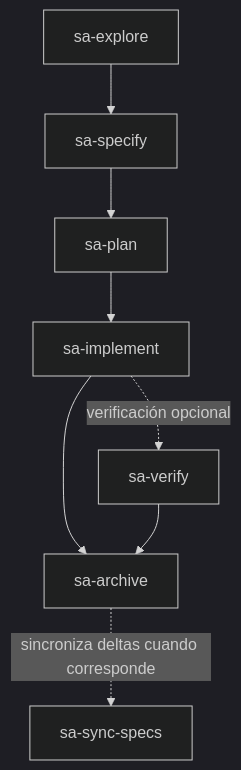
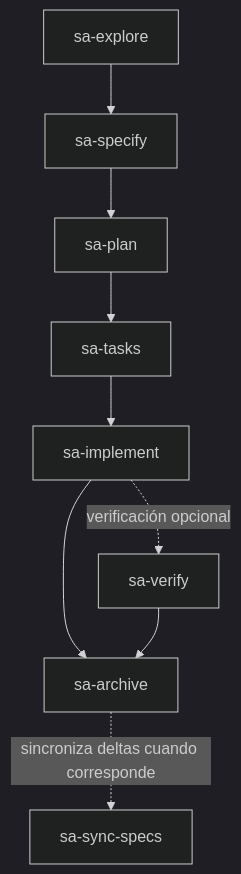
One commit to dariopalminio/specagile changed the diagram in docs/architecture/diagrams/main-skills-flowchart.mermaid. Above: the diagram before and after it, drawn with Mermaid (dark theme). The commit also changed 9 other files, not shown here.

```diff
--- a/docs/architecture/diagrams/main-skills-flowchart.mermaid
+++ b/docs/architecture/diagrams/main-skills-flowchart.mermaid
@@ -1,8 +1,9 @@
 flowchart TD
     E["sa-explore"] --> S["sa-specify"]
     S --> P["sa-plan"]
-    P --> I["sa-implement"]
+    P --> T["sa-tasks"]
+    T--> I["sa-implement"]
     I -. "verificación opcional" .-> V["sa-verify"]
     I --> A["sa-archive"]
     V --> A
     A -. "sincroniza deltas cuando corresponde" .-> Y["sa-sync-specs"]
```
